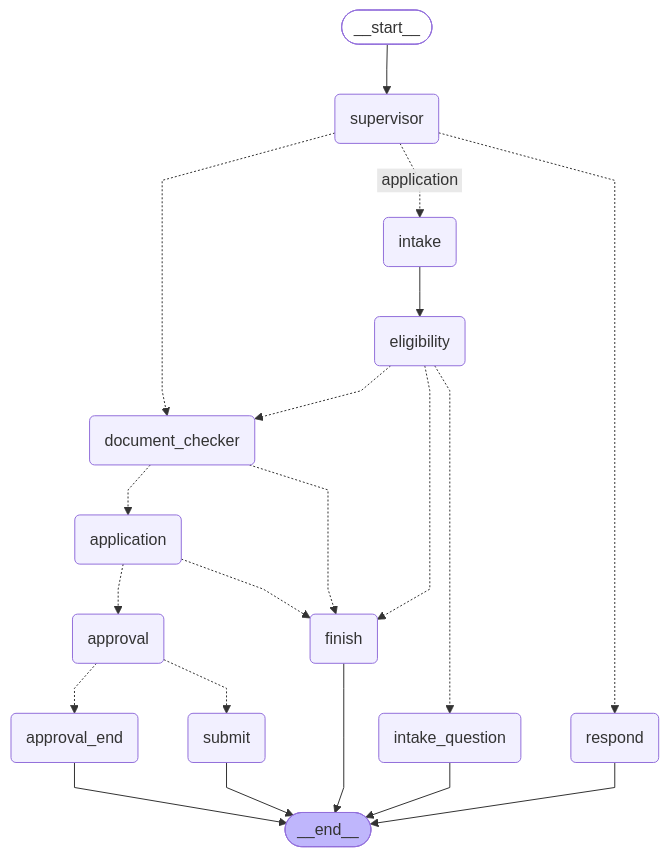
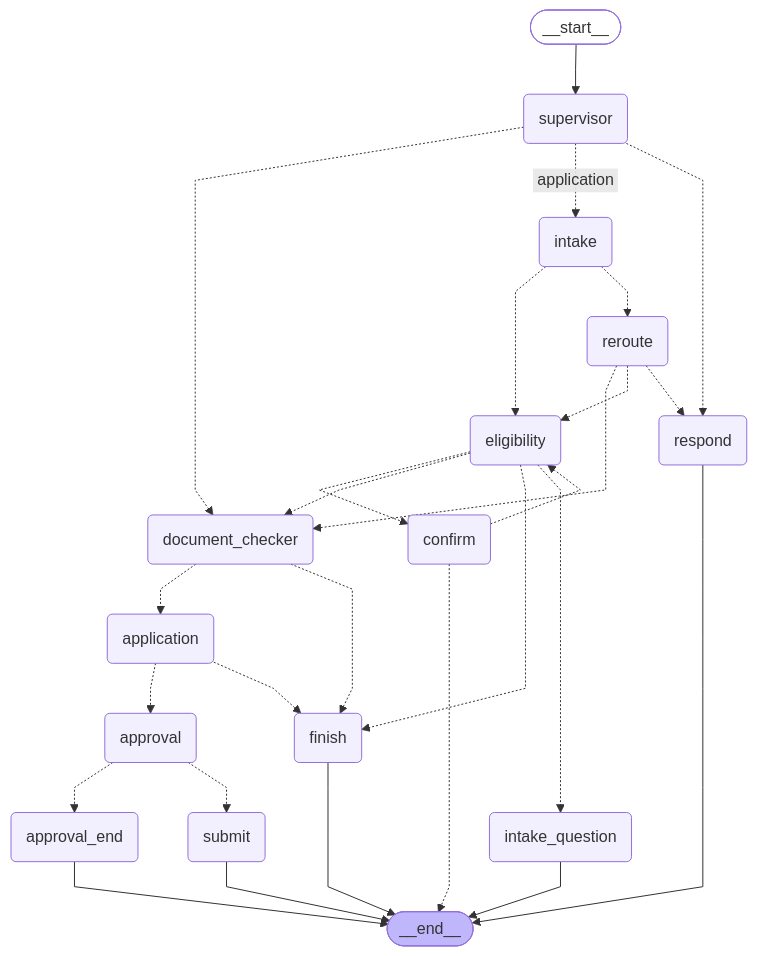
Before and after one commit to scheme-saathi/scheme-saathi: the diagram in docs/workflow-graph.md, drawn with Mermaid. The commit also changed 7 other files, not shown here.

First line of the commit message:
feat(intake): stop rules and a confirm step before the final verdict

````diff
--- a/docs/workflow-graph.md
+++ b/docs/workflow-graph.md
@@ -8,43 +8,52 @@
 ```mermaid
 ---
 config:
   flowchart:
     curve: linear
 ---
 graph TD;
 	__start__([<p>__start__</p>]):::first
 	supervisor(supervisor)
 	intake(intake)
 	intake_question(intake_question)
+	reroute(reroute)
+	confirm(confirm)
 	eligibility(eligibility)
 	document_checker(document_checker)
 	application(application)
 	approval(approval)
 	approval_end(approval_end)
 	submit(submit)
 	finish(finish)
 	respond(respond)
 	__end__([<p>__end__</p>]):::last
 	__start__ --> supervisor;
 	application -.-> approval;
 	application -.-> finish;
 	approval -.-> approval_end;
 	approval -.-> submit;
+	confirm -.-> __end__;
+	confirm -.-> eligibility;
 	document_checker -.-> application;
 	document_checker -.-> finish;
+	eligibility -.-> confirm;
 	eligibility -.-> document_checker;
 	eligibility -.-> finish;
 	eligibility -.-> intake_question;
-	intake --> eligibility;
+	intake -.-> eligibility;
+	intake -.-> reroute;
+	reroute -.-> document_checker;
+	reroute -.-> eligibility;
+	reroute -.-> respond;
 	supervisor -.-> document_checker;
 	supervisor -. &nbsp;application&nbsp; .-> intake;
 	supervisor -.-> respond;
 	approval_end --> __end__;
 	finish --> __end__;
 	intake_question --> __end__;
 	respond --> __end__;
 	submit --> __end__;
 	classDef default fill:#f2f0ff,line-height:1.2
 	classDef first fill-opacity:0
 	classDef last fill:#bfb6fc
 ```
````
